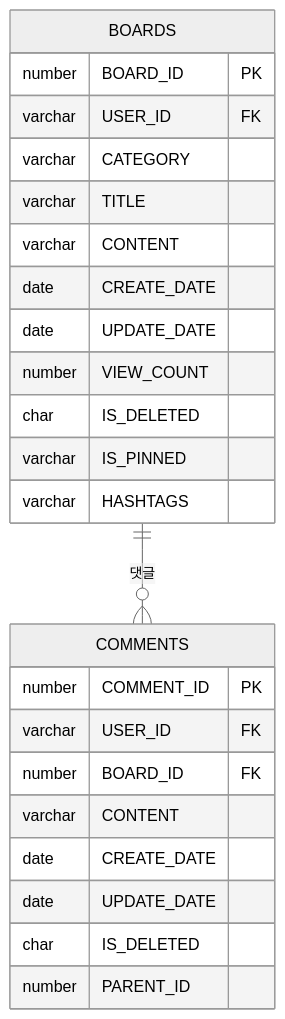
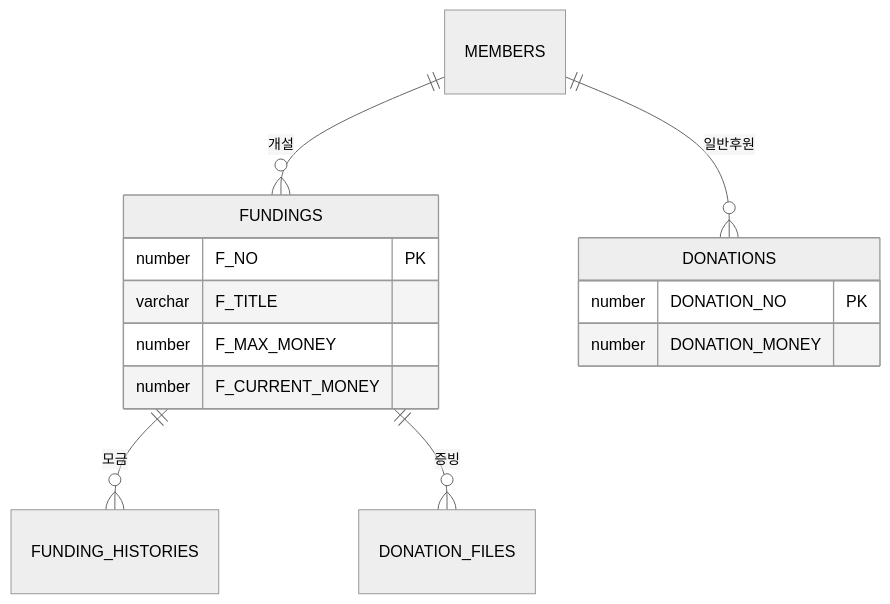
Before and after one commit to KJH-Portfolio/202511-stray-dog-volunteer: the fifth of 6 diagrams in erd.md, drawn with Mermaid (neutral theme). The commit also changed other lines of this file and 1 other file, not shown here.

````diff
--- a/erd.md
+++ b/erd.md
@@ -570,27 +497,18 @@
 ```mermaid
 erDiagram
-    BOARDS {
-        number BOARD_ID PK
-        varchar USER_ID FK
-        varchar CATEGORY
-        varchar TITLE
-        varchar CONTENT
-        date CREATE_DATE
-        date UPDATE_DATE
-        number VIEW_COUNT
-        char IS_DELETED
-        varchar IS_PINNED
-        varchar HASHTAGS
+    MEMBERS ||--o{ FUNDINGS : "개설"
+    FUNDINGS ||--o{ FUNDING_HISTORIES : "모금"
+    FUNDINGS ||--o{ DONATION_FILES : "증빙"
+    MEMBERS ||--o{ DONATIONS : "일반후원"
+    
+    FUNDINGS {
+        number F_NO PK
+        varchar F_TITLE
+        number F_MAX_MONEY
+        number F_CURRENT_MONEY
     }
-    COMMENTS {
-        number COMMENT_ID PK
-        varchar USER_ID FK
-        number BOARD_ID FK
-        varchar CONTENT
-        date CREATE_DATE
-        date UPDATE_DATE
-        char IS_DELETED
-        number PARENT_ID
+    DONATIONS {
+        number DONATION_NO PK
+        number DONATION_MONEY
     }
-    BOARDS ||--o{ COMMENTS : "댓글"
 ```
````
